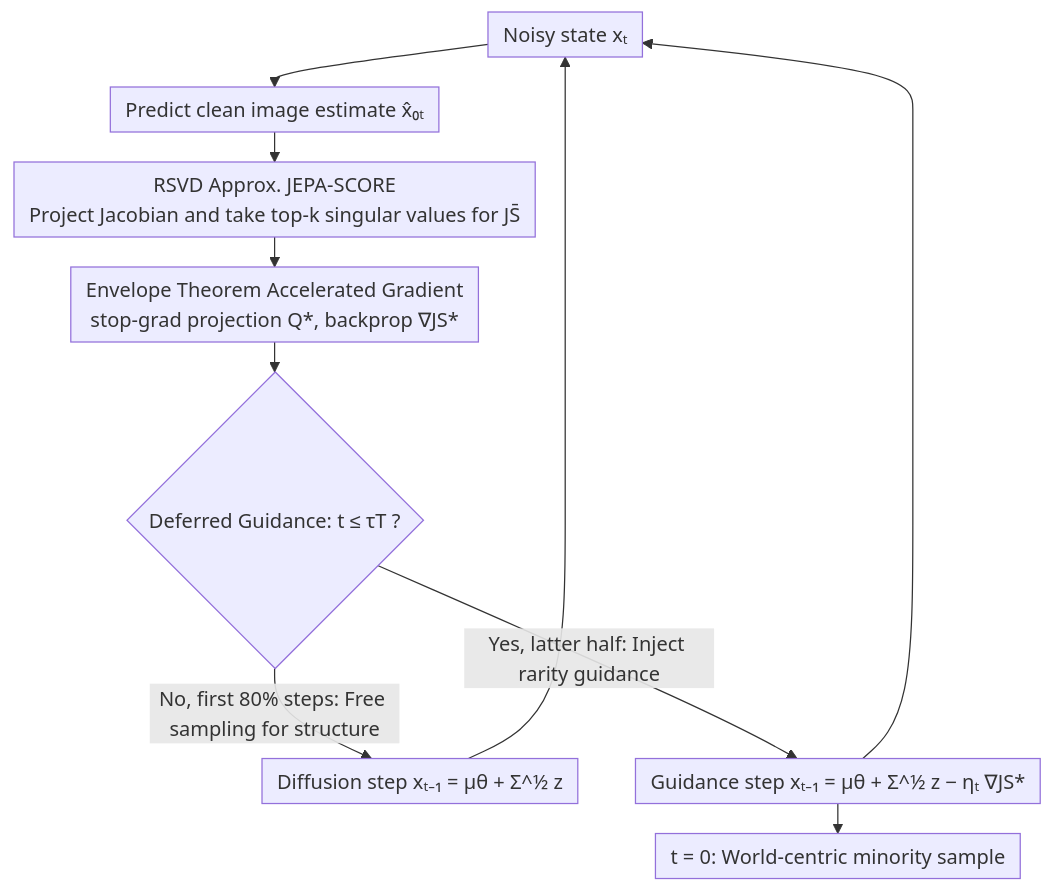
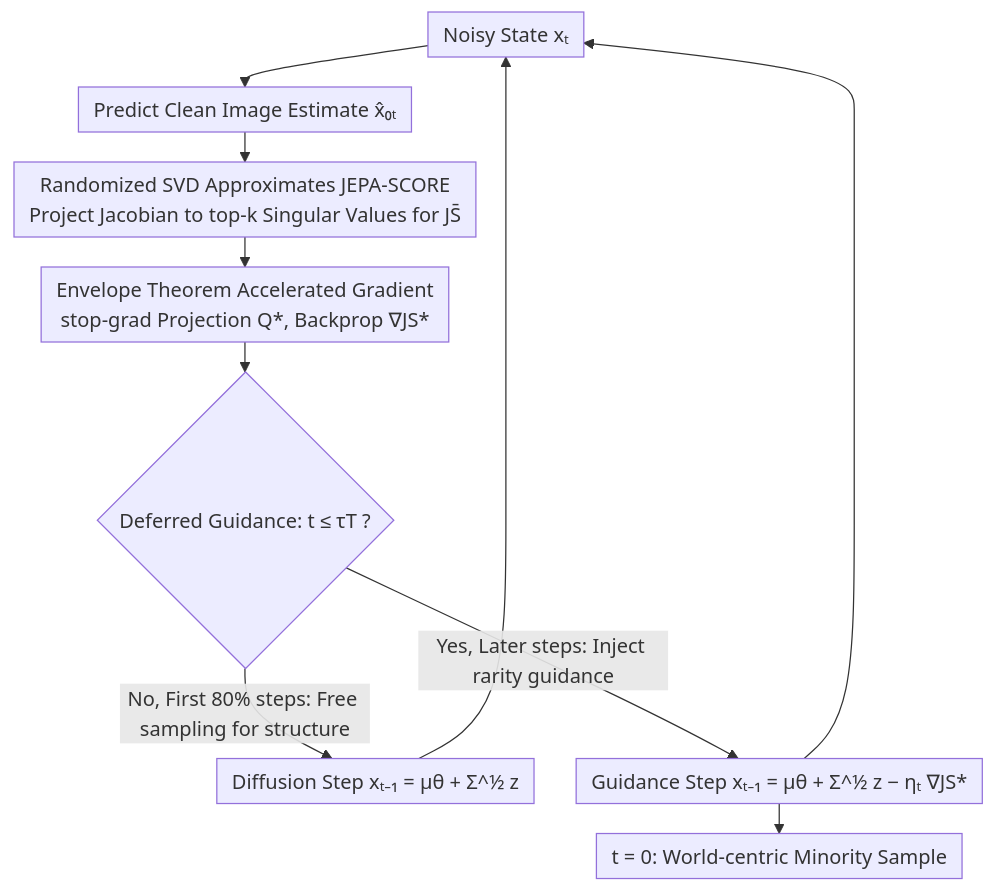
Before and after one commit to zhaoyang97/Paper-Notes-en: the diagram in docs/ICML2026/image_generation/beyond_generative_priors_minority_sampling_with_jepa-guided_diffusion.md, drawn with Mermaid. The commit also changed other lines of this file and 5084 other files, not shown here.

````diff
--- a/docs/ICML2026/image_generation/beyond_generative_priors_minority_sampling_with_jepa-guided_diffusion.md
+++ b/docs/ICML2026/image_generation/beyond_generative_priors_minority_sampling_with_jepa-guided_diffusion.md
@@ -48,13 +48,13 @@
 ```mermaid
 %%{init: {'flowchart': {'rankSpacing': 24, 'nodeSpacing': 28, 'padding': 6, 'wrappingWidth': 400}}}%%
 flowchart TD
-    X["Noisy state xₜ"] --> P["Predict clean image estimate x̂₀ₜ"]
-    P --> R["RSVD Approx. JEPA-SCORE<br/>Project Jacobian and take top-k singular values for JS̄"]
-    R --> E["Envelope Theorem Accelerated Gradient<br/>stop-grad projection Q*, backprop ∇JS*"]
+    X["Noisy State xₜ"] --> P["Predict Clean Image Estimate x̂₀ₜ"]
+    P --> R["Randomized SVD Approximates JEPA-SCORE<br/>Project Jacobian to top-k Singular Values for JS̄"]
+    R --> E["Envelope Theorem Accelerated Gradient<br/>stop-grad Projection Q*, Backprop ∇JS*"]
     E --> D{"Deferred Guidance: t ≤ τT ?"}
-    D -->|No, first 80% steps: Free sampling for structure| F["Diffusion step xₜ₋₁ = μθ + Σ^½ z"]
-    D -->|Yes, latter half: Inject rarity guidance| G["Guidance step xₜ₋₁ = μθ + Σ^½ z − ηₜ ∇JS*"]
+    D -->|No, First 80% steps: Free sampling for structure| F["Diffusion Step xₜ₋₁ = μθ + Σ^½ z"]
+    D -->|Yes, Later steps: Inject rarity guidance| G["Guidance Step xₜ₋₁ = μθ + Σ^½ z − ηₜ ∇JS*"]
     F --> X
     G --> X
-    G --> O["t = 0: World-centric minority sample"]
+    G --> O["t = 0: World-centric Minority Sample"]
 ```
````
